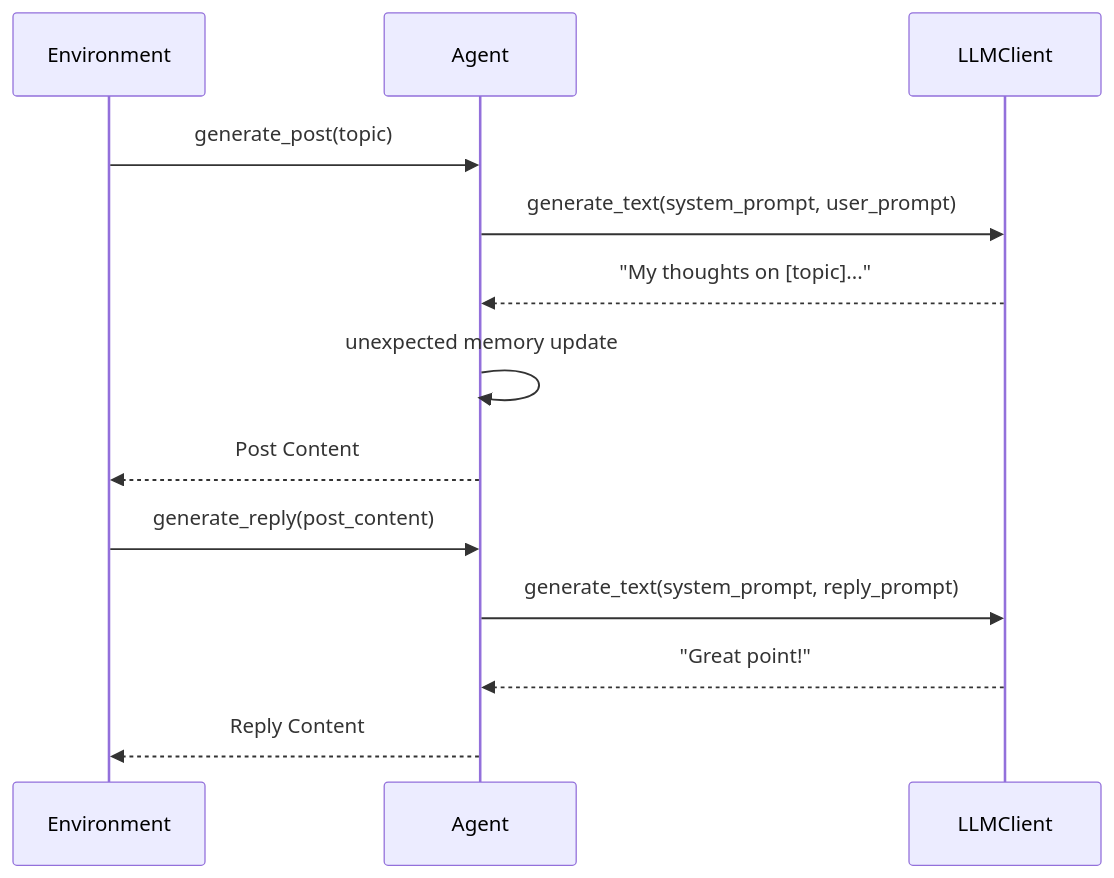
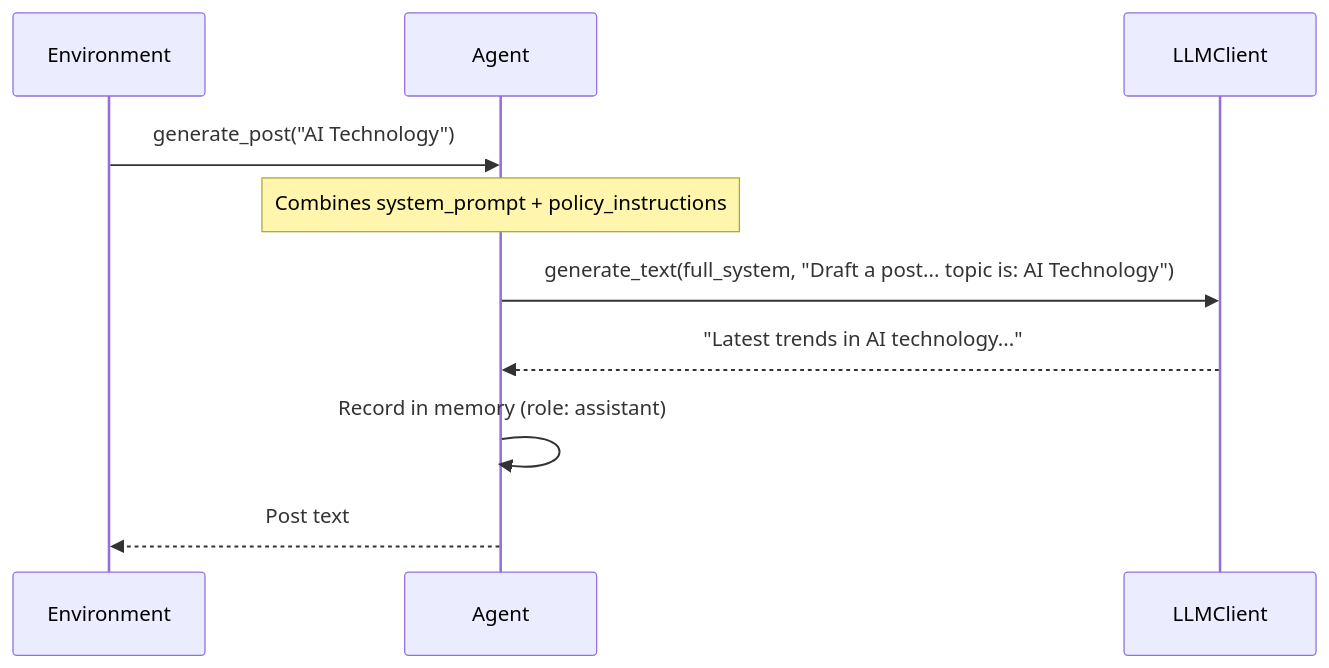
Before and after one commit to Keyhole-Koro/snackPersona: the second of 3 diagrams in simulation/simulation.md, drawn with Mermaid. The commit also changed other lines of this file and 7 other files, not shown here.

Commit message:
docs: Enhance documentation for core modules with detailed overviews, diagrams, and examples for clarity and understanding.

````diff
--- a/simulation/simulation.md
+++ b/simulation/simulation.md
@@ -9,17 +56,13 @@
 ```mermaid
 sequenceDiagram
-    participant Environment
-    participant Agent
-    participant LLMClient
+    participant Env as Environment
+    participant Agent as Agent
+    participant LLM as LLMClient
 
-    Environment->>Agent: generate_post(topic)
-    Agent->>LLMClient: generate_text(system_prompt, user_prompt)
-    LLMClient-->>Agent: "My thoughts on [topic]..."
-    Agent->>Agent: unexpected memory update
-    Agent-->>Environment: Post Content
-
-    Environment->>Agent: generate_reply(post_content)
-    Agent->>LLMClient: generate_text(system_prompt, reply_prompt)
-    LLMClient-->>Agent: "Great point!"
-    Agent-->>Environment: Reply Content
+    Env->>Agent: generate_post("AI Technology")
+    Note over Agent: Combines system_prompt + policy_instructions
+    Agent->>LLM: generate_text(full_system, "Draft a post... topic is: AI Technology")
+    LLM-->>Agent: "Latest trends in AI technology..."
+    Agent->>Agent: Record in memory (role: assistant)
+    Agent-->>Env: Post text
 ```
````
